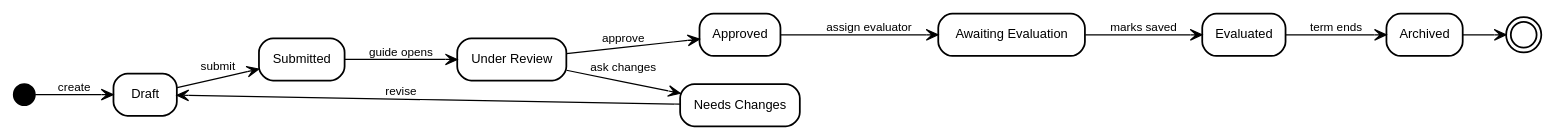
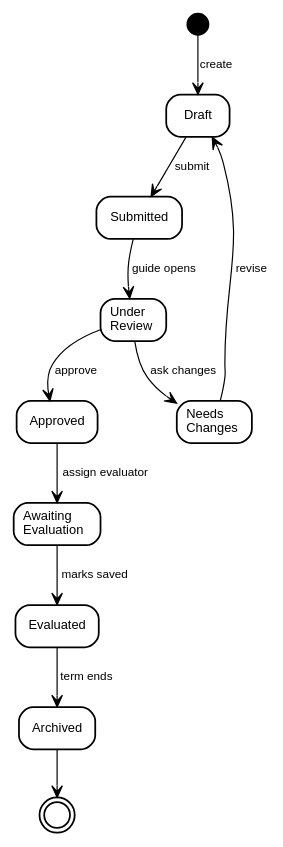
One commit to akshita777/iips-ug-pg-project-repository-system changed the diagram in docs/diagrams/11-state-project.dot. Above: the diagram before and after it, drawn with Graphviz. The commit also changed 60 other files, not shown here.

First line of the commit message:
Switch diagrams to PNG and fix layouts that were hard to read

```diff
--- a/docs/diagrams/11-state-project.dot
+++ b/docs/diagrams/11-state-project.dot
@@ -1,31 +1,33 @@
 digraph state_project {
-  rankdir=LR;
+  rankdir=TB;
   bgcolor="white";
   fontname="Helvetica";
+  nodesep=0.5;
+  ranksep=0.55;
 
   node [fontname="Helvetica", fontsize=11, shape=box, style="rounded,filled",
         fillcolor="white", color="black", penwidth=1.5];
   edge [fontname="Helvetica", fontsize=10, color="black", arrowhead="vee"];
 
   start [label="", shape=circle, style="filled", fillcolor="black", width=0.25, height=0.25];
   draft [label="Draft"];
   submitted [label="Submitted"];
-  review [label="Under Review"];
+  review [label="Under\lReview\l"];
   approved [label="Approved"];
-  rejected [label="Needs Changes"];
-  pending [label="Awaiting Evaluation"];
+  rejected [label="Needs\lChanges\l"];
+  pending [label="Awaiting\lEvaluation\l"];
   evaluated [label="Evaluated"];
   archived [label="Archived"];
   end [label="", shape=doublecircle, style="filled", fillcolor="white", color="black", width=0.3, height=0.3];
 
   start -> draft [label="create"];
   draft -> submitted [label="submit"];
   submitted -> review [label="guide opens"];
   review -> approved [label="approve"];
   review -> rejected [label="ask changes"];
   rejected -> draft [label="revise"];
   approved -> pending [label="assign evaluator"];
   pending -> evaluated [label="marks saved"];
   evaluated -> archived [label="term ends"];
   archived -> end;
 }
```
